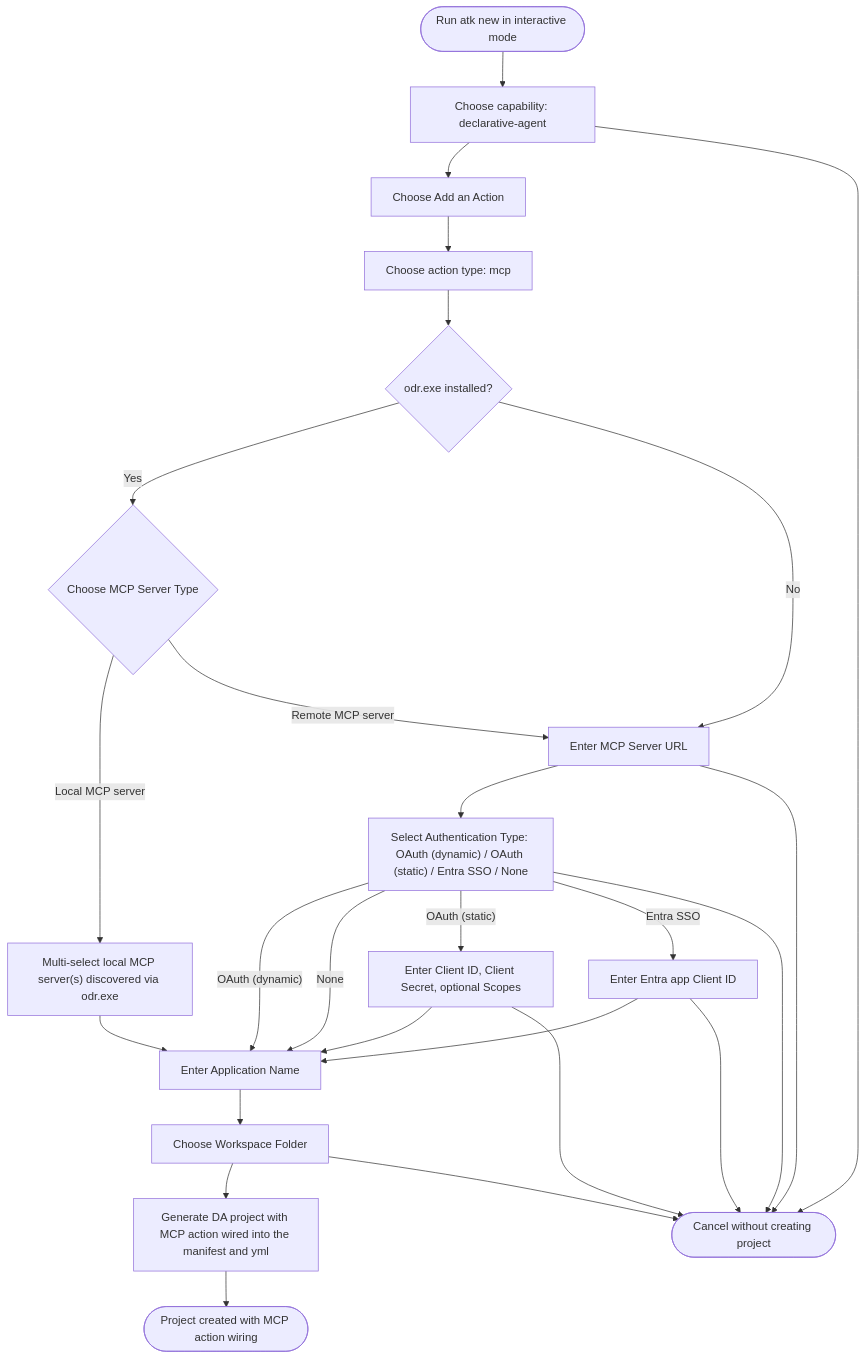
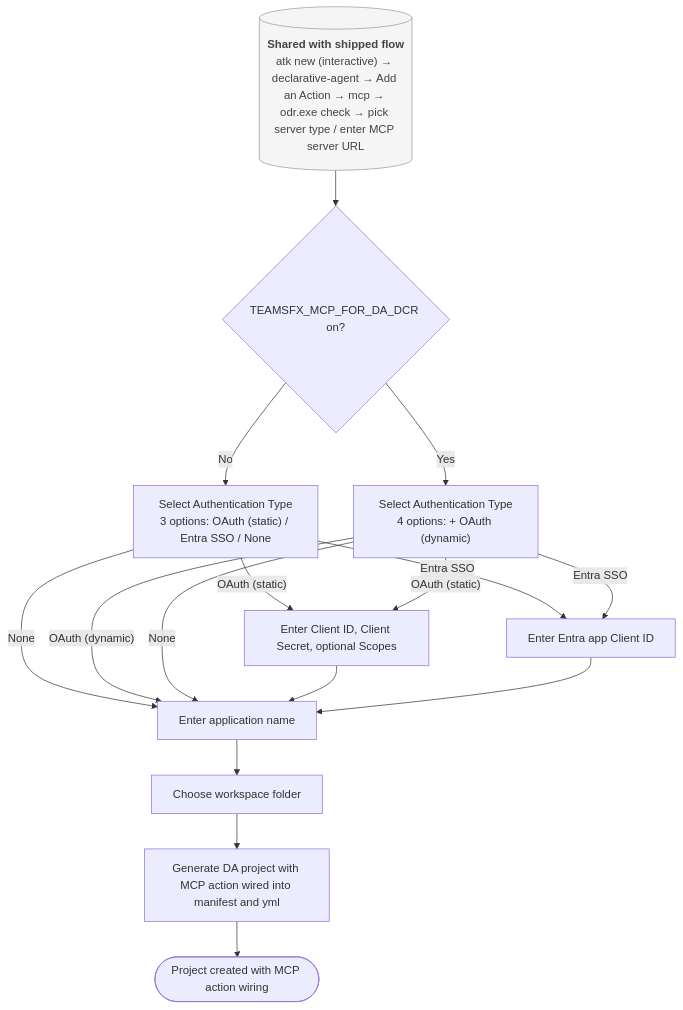
The second of 4 diagrams in docs/01-product/scenarios/da/draft/create-da-with-mcp-server.md (OfficeDev/microsoft-365-agents-toolkit), drawn with Mermaid before and after one commit. The commit also changed other lines of this file and 3 other files, not shown here.

First line of the commit message:
docs(da): refine MCP-for-DA draft scenarios for DT/DCR flag gating

````diff
--- a/docs/01-product/scenarios/da/draft/create-da-with-mcp-server.md
+++ b/docs/01-product/scenarios/da/draft/create-da-with-mcp-server.md
@@ -104,28 +106,21 @@
 ```mermaid
 flowchart TD
-  Start([Run atk new in interactive mode]) --> ChooseCapability[Choose capability: declarative-agent]
-  ChooseCapability --> AddAction[Choose Add an Action]
-  AddAction --> ChooseMcp[Choose action type: mcp]
-  ChooseMcp --> OdrCheck{odr.exe installed?}
-  OdrCheck -- Yes --> ServerType{Choose MCP Server Type}
-  OdrCheck -- No --> EnterUrl[Enter MCP Server URL]
-  ServerType -- Local MCP server --> LocalMcp["Multi-select local MCP server(s) discovered via odr.exe"]
-  ServerType -- Remote MCP server --> EnterUrl
-  LocalMcp --> EnterAppName
-  EnterUrl --> SelectAuth["Select Authentication Type: OAuth (dynamic) / OAuth (static) / Entra SSO / None"]
-  SelectAuth -- "OAuth (dynamic)" --> EnterAppName
-  SelectAuth -- None --> EnterAppName
-  SelectAuth -- "OAuth (static)" --> StaticFields["Enter Client ID, Client Secret, optional Scopes"]
-  SelectAuth -- "Entra SSO" --> SsoFields[Enter Entra app Client ID]
-  StaticFields --> EnterAppName[Enter Application Name]
+  Preamble[("<b>Shared with shipped flow</b><br/>atk new (interactive) &rarr; declarative-agent &rarr; Add an Action &rarr; mcp &rarr; odr.exe check &rarr; pick server type / enter MCP server URL")] --> DcrGate{TEAMSFX_MCP_FOR_DA_DCR on?}
+  DcrGate -- No --> SelectAuth3["Select Authentication Type<br/>3 options: OAuth (static) / Entra SSO / None"]
+  DcrGate -- Yes --> SelectAuth4["Select Authentication Type<br/>4 options: + OAuth (dynamic)"]
+  SelectAuth3 -- None --> EnterAppName
+  SelectAuth3 -- "OAuth (static)" --> StaticFields["Enter Client ID, Client Secret, optional Scopes"]
+  SelectAuth3 -- "Entra SSO" --> SsoFields[Enter Entra app Client ID]
+  SelectAuth4 -- "OAuth (dynamic)" --> EnterAppName
+  SelectAuth4 -- None --> EnterAppName
+  SelectAuth4 -- "OAuth (static)" --> StaticFields
+  SelectAuth4 -- "Entra SSO" --> SsoFields
+  StaticFields --> EnterAppName[Enter application name]
   SsoFields --> EnterAppName
-  EnterAppName --> SelectFolder[Choose Workspace Folder]
-  SelectFolder --> Generate[Generate DA project with MCP action wired into the manifest and yml]
+  EnterAppName --> SelectFolder[Choose workspace folder]
+  SelectFolder --> Generate[Generate DA project with MCP action wired into manifest and yml]
   Generate --> Complete([Project created with MCP action wiring])
-  ChooseCapability --> Cancel([Cancel without creating project])
-  EnterUrl --> Cancel
-  SelectAuth --> Cancel
-  StaticFields --> Cancel
-  SsoFields --> Cancel
-  SelectFolder --> Cancel
+
+  classDef shared fill:#f5f5f5,stroke:#999,color:#444
+  class Preamble shared
 ```
````
